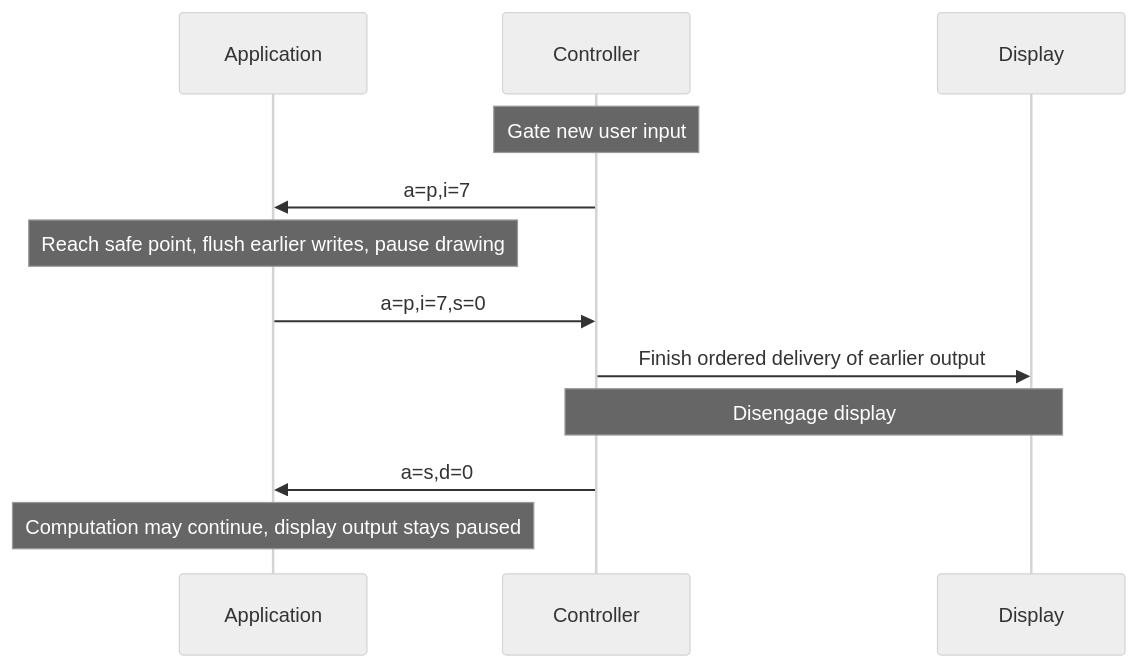
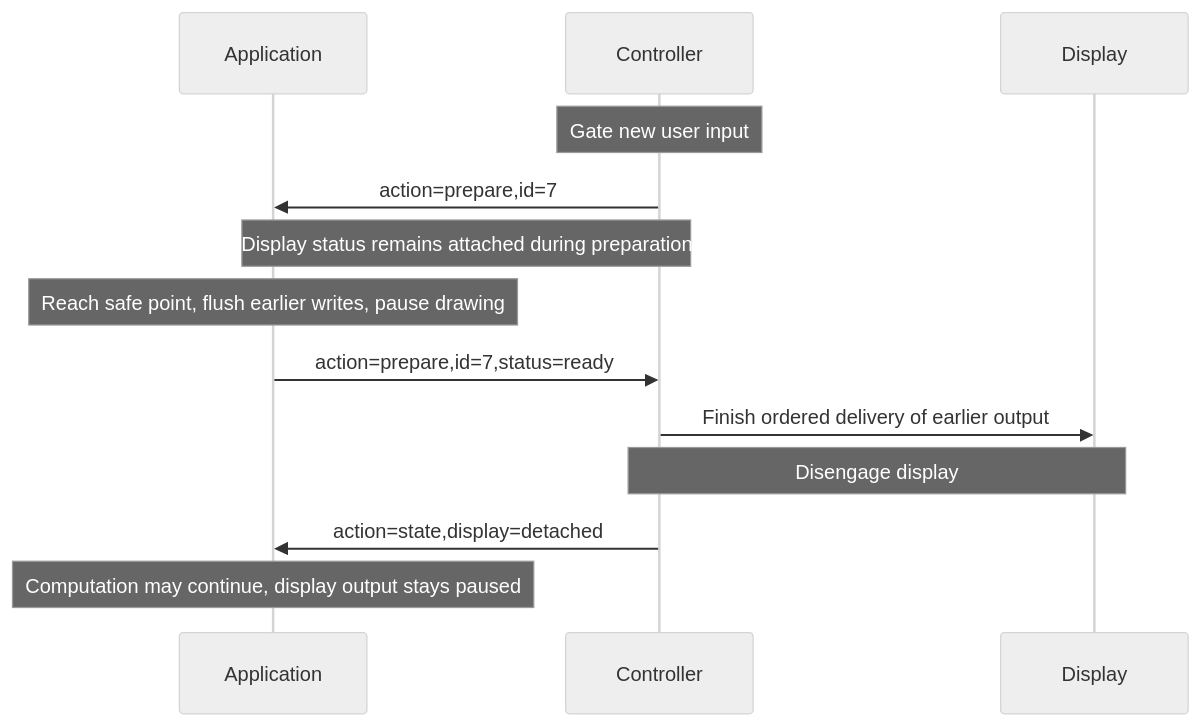
One commit to claes/kittyplex changed the fourth of 7 diagrams in docs/terminal-recovery-protocol-spec.md. Above: the diagram before and after it, drawn with Mermaid (neutral theme). The commit also changed other lines of this file and 2 other files, not shown here.

Commit message:
Simplify state diagram etc

````diff
--- a/docs/terminal-recovery-protocol-spec.md
+++ b/docs/terminal-recovery-protocol-spec.md
@@ -179,14 +227,15 @@
 ```mermaid
 sequenceDiagram
     participant A as Application
     participant C as Controller
     participant D as Display
     Note over C: Gate new user input
-    C->>A: a=p,i=7
+    C->>A: action=prepare,id=7
+    Note over A,C: Display status remains attached during preparation
     Note over A: Reach safe point, flush earlier writes, pause drawing
-    A->>C: a=p,i=7,s=0
+    A->>C: action=prepare,id=7,status=ready
     C->>D: Finish ordered delivery of earlier output
     Note over C,D: Disengage display
-    C->>A: a=s,d=0
+    C->>A: action=state,display=detached
     Note over A: Computation may continue, display output stays paused
 ```
````
